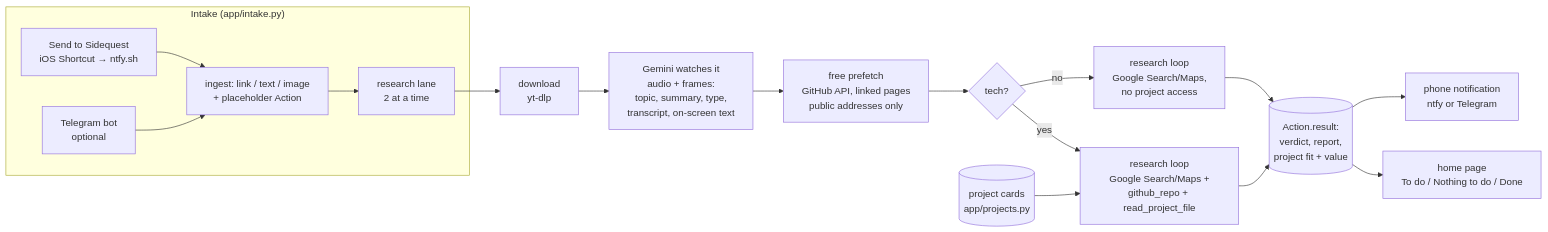
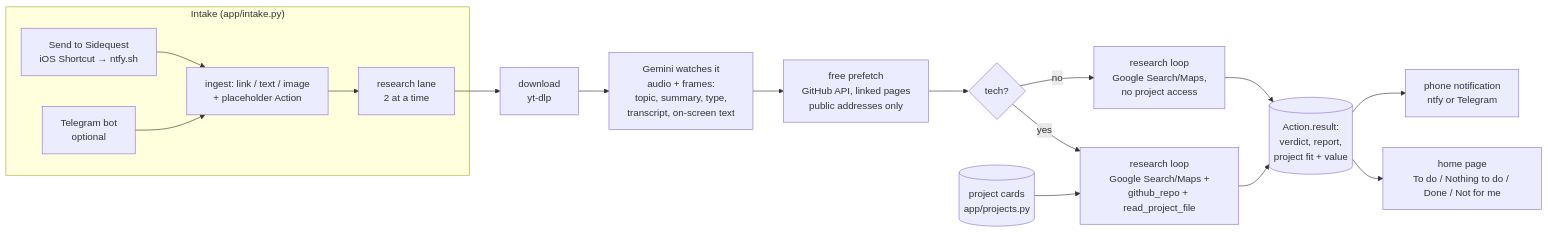
The first of 2 diagrams in ARCHITECTURE.md (mattthomas7641/saved-video-intelligence), drawn with Mermaid before and after one commit. The commit also changed other lines of this file and 7 other files, not shown here.

````diff
--- a/ARCHITECTURE.md
+++ b/ARCHITECTURE.md
@@ -10,20 +10,20 @@
 ```mermaid
 flowchart LR
     subgraph Intake["Intake (app/intake.py)"]
         S[Send to Sidequest<br/>iOS Shortcut → ntfy.sh] --> I
         T[Telegram bot<br/>optional] --> I
         I[ingest: link / text / image<br/>+ placeholder Action] --> L[research lane<br/>2 at a time]
     end
 
     L --> D[download<br/>yt-dlp]
     D --> W[Gemini watches it<br/>audio + frames:<br/>topic, summary, type,<br/>transcript, on-screen text]
     W --> P[free prefetch<br/>GitHub API, linked pages<br/>public addresses only]
     P --> K{tech?}
     K -->|yes| R1[research loop<br/>Google Search/Maps +<br/>github_repo + read_project_file]
     K -->|no| R2[research loop<br/>Google Search/Maps,<br/>no project access]
     PC[(project cards<br/>app/projects.py)] --> R1
     R1 --> F[(Action.result:<br/>verdict, report,<br/>project fit + value)]
     R2 --> F
-    F --> H[home page<br/>To do / Nothing to do / Done]
+    F --> H[home page<br/>To do / Nothing to do / Done / Not for me]
     F --> N[phone notification<br/>ntfy or Telegram]
 ```
````
